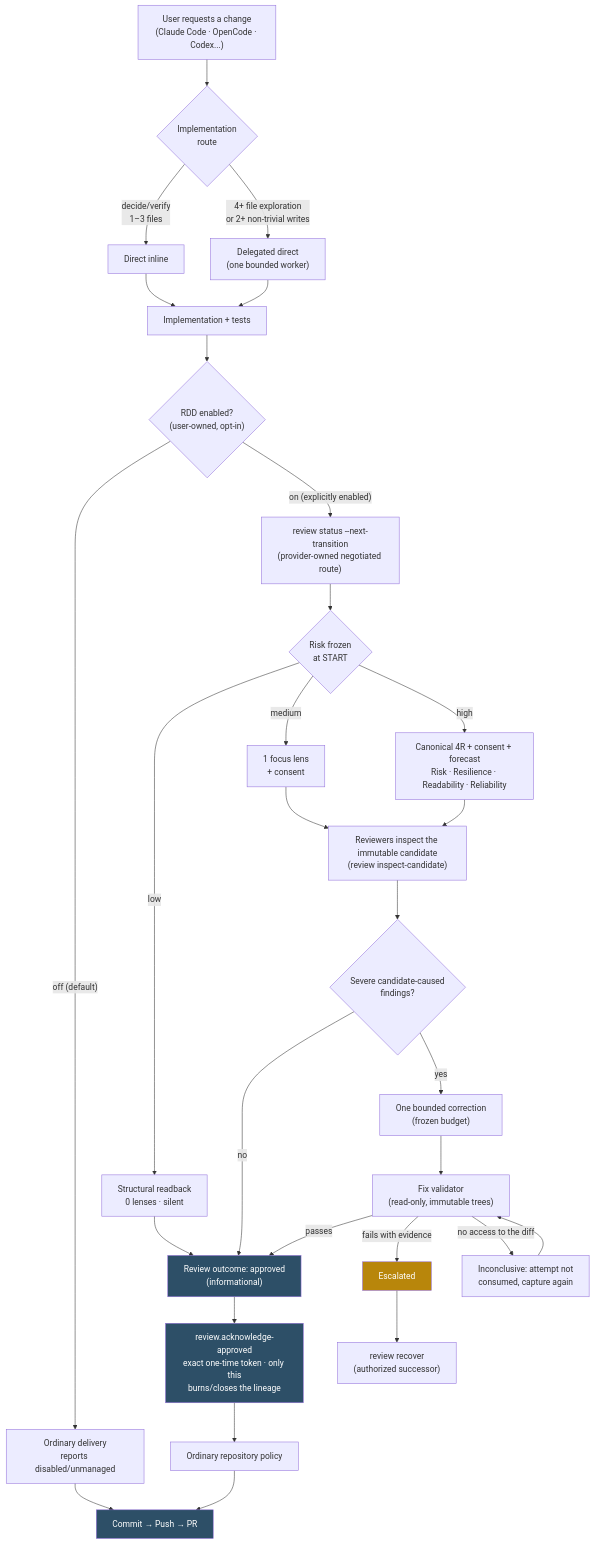
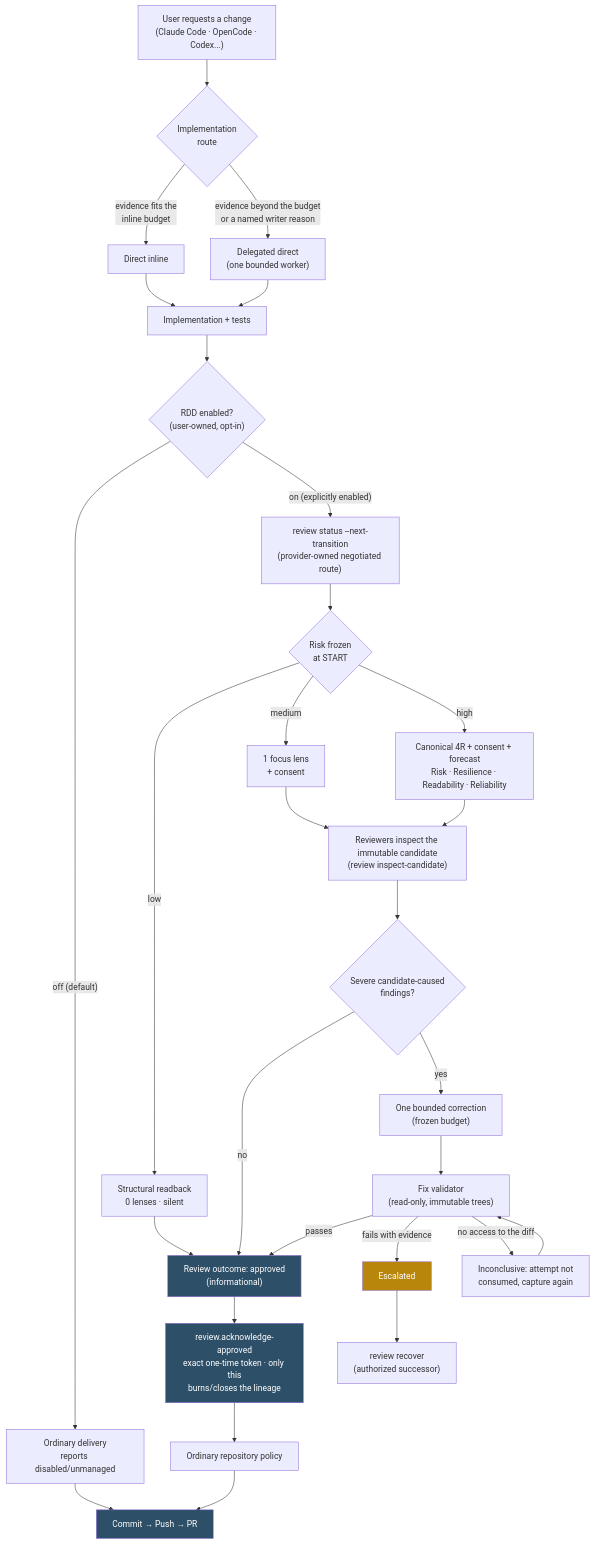
One commit to IGutierrezZ/axiom changed the diagram in docs/architecture/organic-rdd.md. Above: the diagram before and after it, drawn with Mermaid. The commit also changed 4 other files, not shown here.

````diff
--- a/docs/architecture/organic-rdd.md
+++ b/docs/architecture/organic-rdd.md
@@ -80,36 +80,36 @@
 ```mermaid
 flowchart TD
     A["User requests a change<br/>(Claude Code · OpenCode · Codex...)"] --> B{"Implementation<br/>route"}
-    B -->|"decide/verify<br/>1–3 files"| C["Direct inline"]
-    B -->|"4+ file exploration<br/>or 2+ non-trivial writes"| D["Delegated direct<br/>(one bounded worker)"]
+    B -->|"evidence fits the<br/>inline budget"| C["Direct inline"]
+    B -->|"evidence beyond the budget<br/>or a named writer reason"| D["Delegated direct<br/>(one bounded worker)"]
     C --> E["Implementation + tests"]
     D --> E
     E --> F{"RDD enabled?<br/>(user-owned, opt-in)"}
     F -->|"off (default)"| Z["Ordinary delivery<br/>reports disabled/unmanaged"]
     F -->|"on (explicitly enabled)"| G["review status --next-transition<br/>(provider-owned negotiated route)"]
     G --> H{"Risk frozen<br/>at START"}
     H -->|"low"| I["Structural readback<br/>0 lenses · silent"]
     H -->|"medium"| J["1 focus lens<br/>+ consent"]
     H -->|"high"| K["Canonical 4R + consent + forecast<br/>Risk · Resilience · Readability · Reliability"]
     J --> L["Reviewers inspect the immutable candidate<br/>(review inspect-candidate)"]
     K --> L
     L --> M{"Severe candidate-caused<br/>findings?"}
     I --> N["Review outcome: approved<br/>(informational)"]
     M -->|"no"| N
     M -->|"yes"| O["One bounded correction<br/>(frozen budget)"]
     O --> P["Fix validator<br/>(read-only, immutable trees)"]
     P -->|"passes"| N
     P -->|"fails with evidence"| Q["Escalated"]
     P -->|"no access to the diff"| R["Inconclusive: attempt not<br/>consumed, capture again"]
     R --> P
     Q --> S["review recover<br/>(authorized successor)"]
     N --> AK["review.acknowledge-approved<br/>exact one-time token · only this<br/>burns/closes the lineage"]
     AK --> T["Ordinary repository policy"]
     T --> U["Commit → Push → PR"]
     Z --> U
 
     style N fill:#2D4F67,color:#fff
     style AK fill:#2D4F67,color:#fff
     style Q fill:#B8860B,color:#fff
     style U fill:#2D4F67,color:#fff
 ```
````
